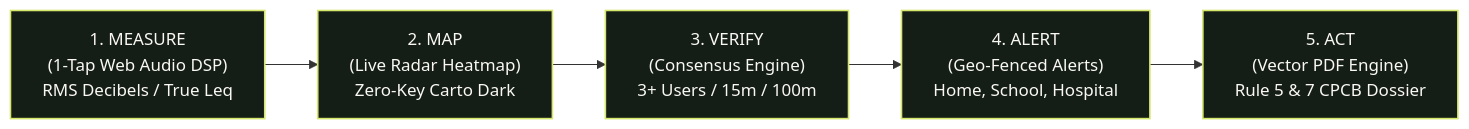
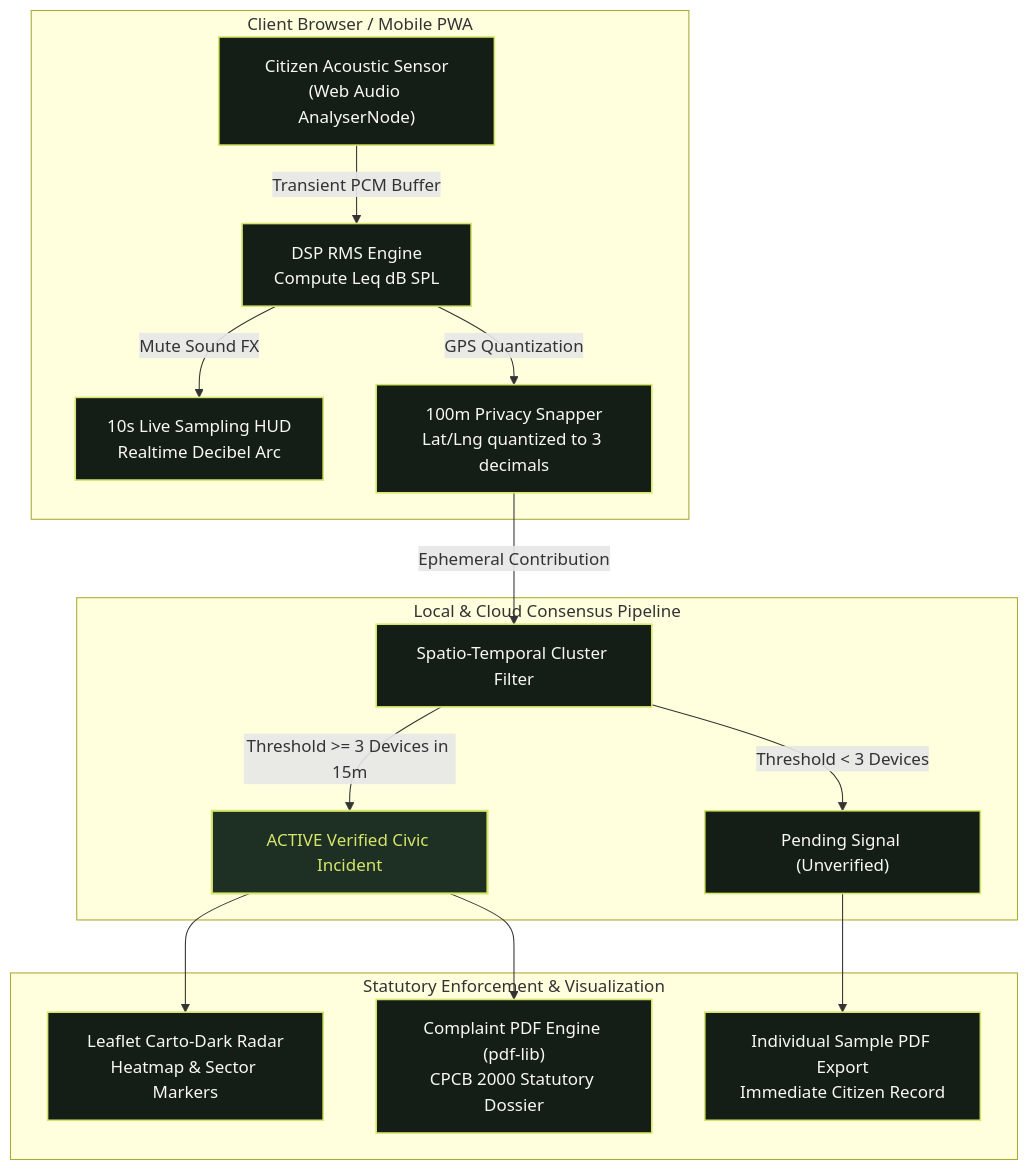
Before and after one commit to abhisheksharma075/NoiseMap: the diagram in README.md, drawn with Mermaid. The commit also changed other lines of this file, not shown here.

Commit message:
docs: restructure README with live deployment link, executive summary, and comprehensive architecture

````diff
--- a/README.md
+++ b/README.md
@@ -95,10 +83,25 @@
 ```mermaid
-flowchart LR
-    A["1. MEASURE\n(1-Tap Web Audio DSP)\nRMS Decibels / True Leq"] --> B["2. MAP\n(Live Radar Heatmap)\nZero-Key Carto Dark"]
-    B --> C["3. VERIFY\n(Consensus Engine)\n3+ Users / 15m / 100m"]
-    C --> D["4. ALERT\n(Geo-Fenced Alerts)\nHome, School, Hospital"]
-    D --> E["5. ACT\n(Vector PDF Engine)\nRule 5 & 7 CPCB Dossier"]
+flowchart TD
+    subgraph Client ["Client Browser / Mobile PWA"]
+        A["Citizen Acoustic Sensor\n(Web Audio AnalyserNode)"] -->|Transient PCM Buffer| B["DSP RMS Engine\nCompute Leq dB SPL"]
+        B -->|Mute Sound FX| C["10s Live Sampling HUD\nRealtime Decibel Arc"]
+        B -->|GPS Quantization| D["100m Privacy Snapper\nLat/Lng quantized to 3 decimals"]
+    end
 
-    classDef stage fill:#141E17,stroke:#D5E66B,stroke-width:1.5px,color:#FAF8F2;
-    class A,B,C,D,E stage;
+    subgraph Consensus ["Local & Cloud Consensus Pipeline"]
+        D -->|Ephemeral Contribution| E["Spatio-Temporal Cluster Filter"]
+        E -->|Threshold < 3 Devices| F["Pending Signal (Unverified)"]
+        E -->|Threshold >= 3 Devices in 15m| G["ACTIVE Verified Civic Incident"]
+    end
+
+    subgraph Action ["Statutory Enforcement & Visualization"]
+        G --> H["Leaflet Carto-Dark Radar\nHeatmap & Sector Markers"]
+        G --> I["Complaint PDF Engine (pdf-lib)\nCPCB 2000 Statutory Dossier"]
+        F --> J["Individual Sample PDF Export\nImmediate Citizen Record"]
+    end
+
+    classDef darkForest fill:#141E17,stroke:#D5E66B,stroke-width:1.5px,color:#FAF8F2;
+    classDef limeAccent fill:#1E2F23,stroke:#D5E66B,stroke-width:2px,color:#D5E66B;
+    class A,B,C,D,E,F,H,I,J darkForest;
+    class G limeAccent;
 ```
````
